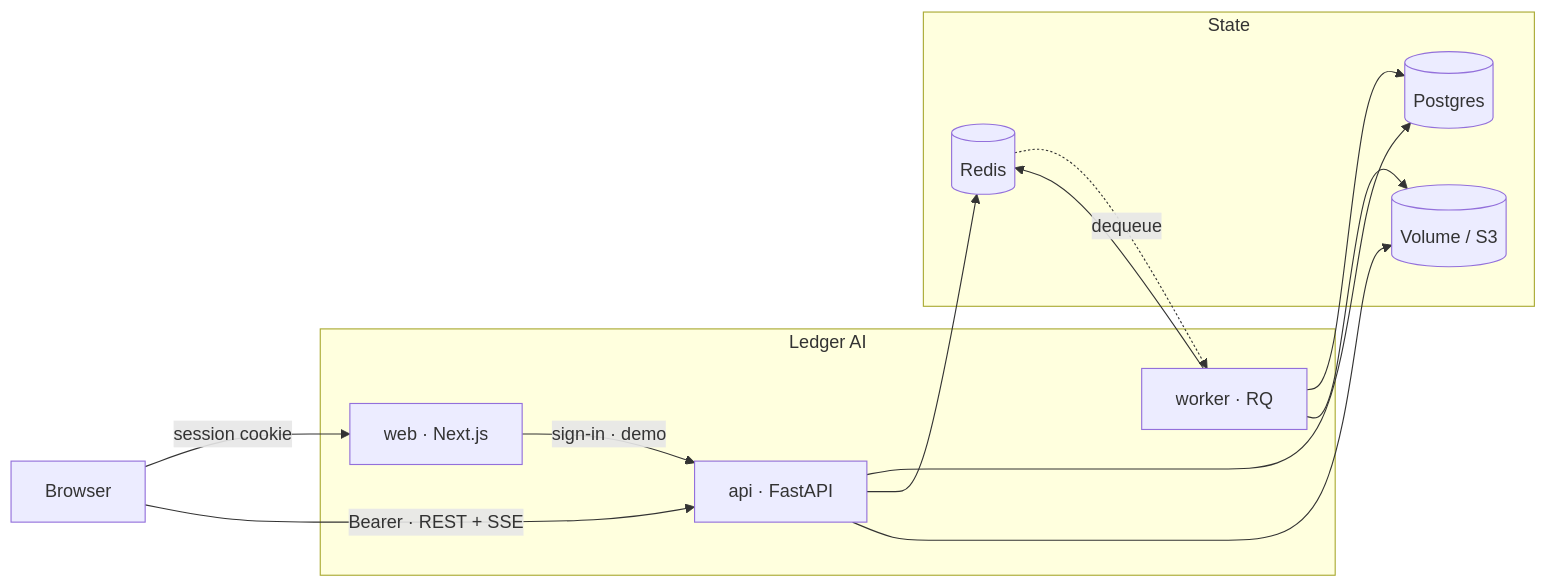
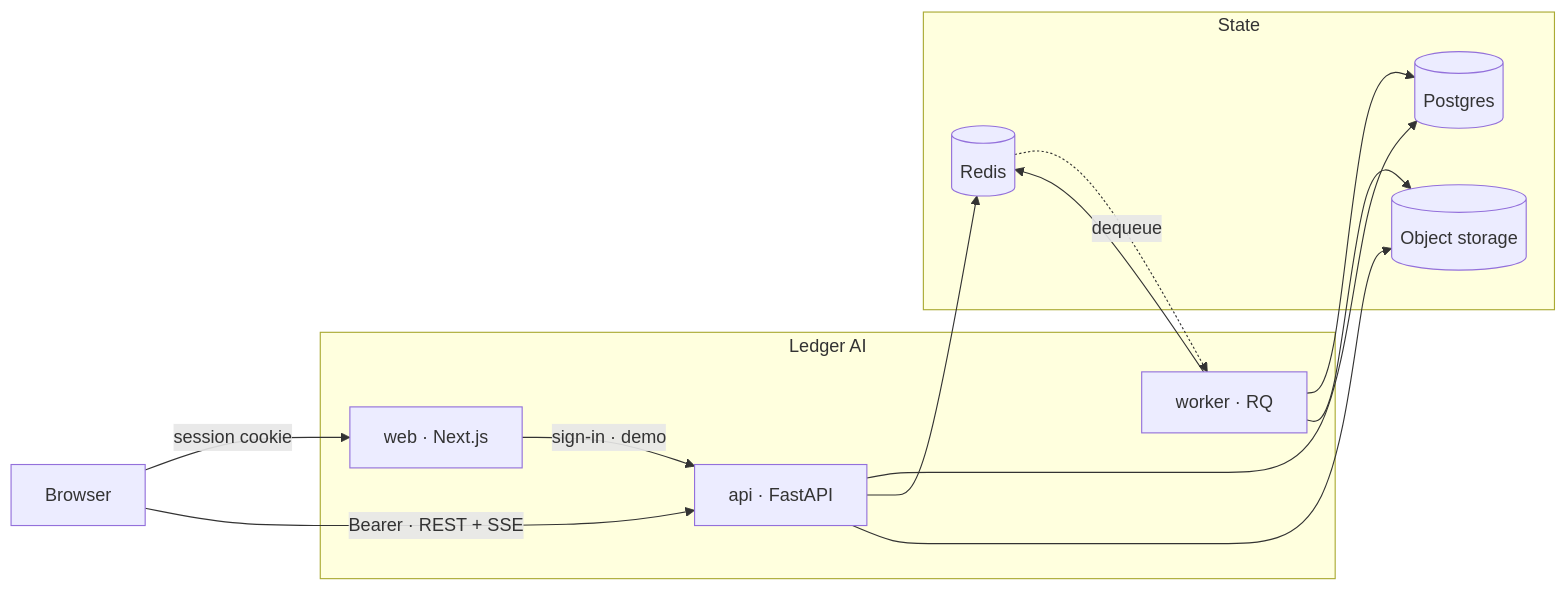
The diagram in README.md (yds233013/ledger-ai), drawn with Mermaid before and after one commit. The commit also changed other lines of this file and 25 other files, not shown here.

````diff
--- a/README.md
+++ b/README.md
@@ -172,20 +172,20 @@
 ```mermaid
 flowchart LR
     B["Browser"]
     subgraph app["Ledger AI"]
         W["web · Next.js"]
         A["api · FastAPI"]
         K["worker · RQ"]
     end
     subgraph data["State"]
         P[("Postgres")]
         R[("Redis")]
-        S[("Volume / S3")]
+        S[("Object storage")]
     end
     B -->|"session cookie"| W
     B -->|"Bearer · REST + SSE"| A
     W -->|"sign-in · demo"| A
     A --> P & R & S
     K --> P & R & S
     R -.->|"dequeue"| K
 ```
````
